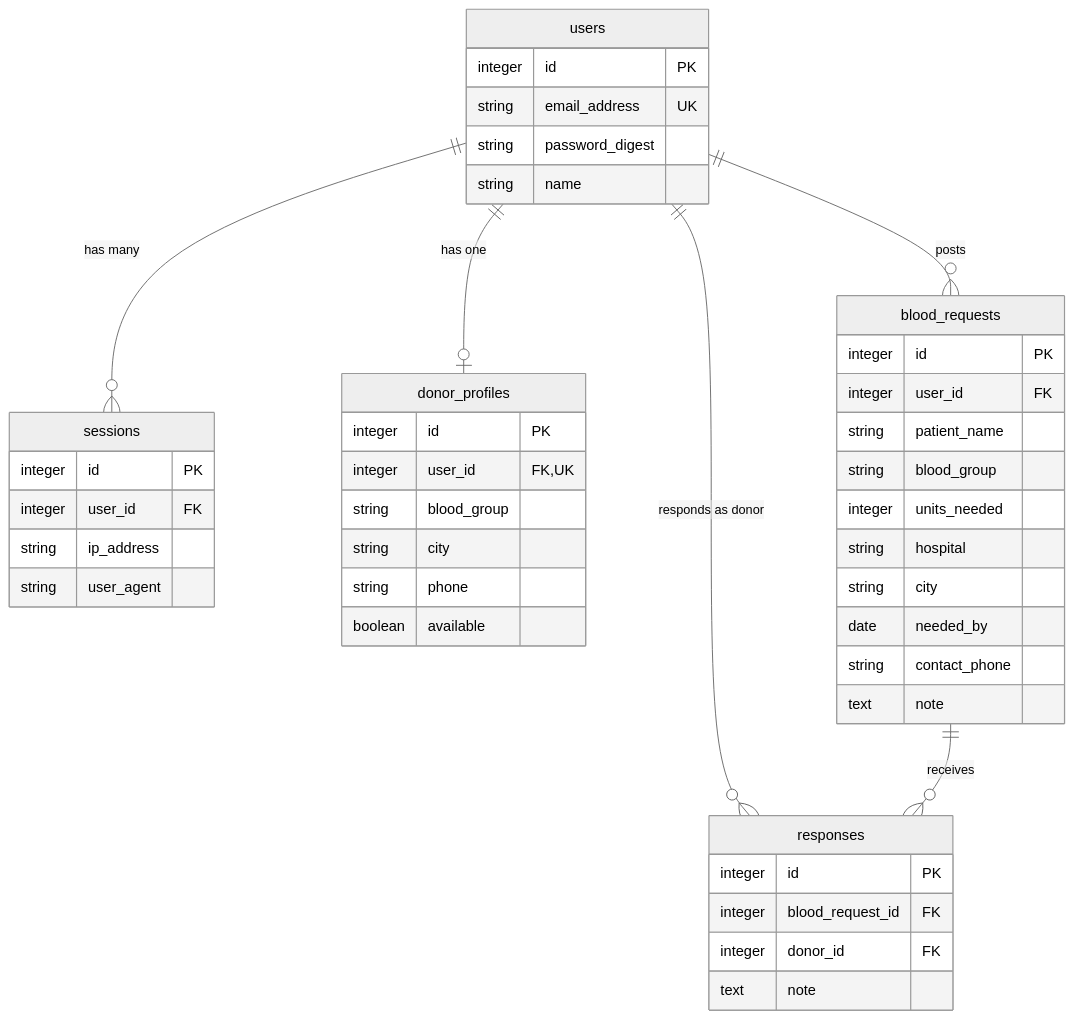
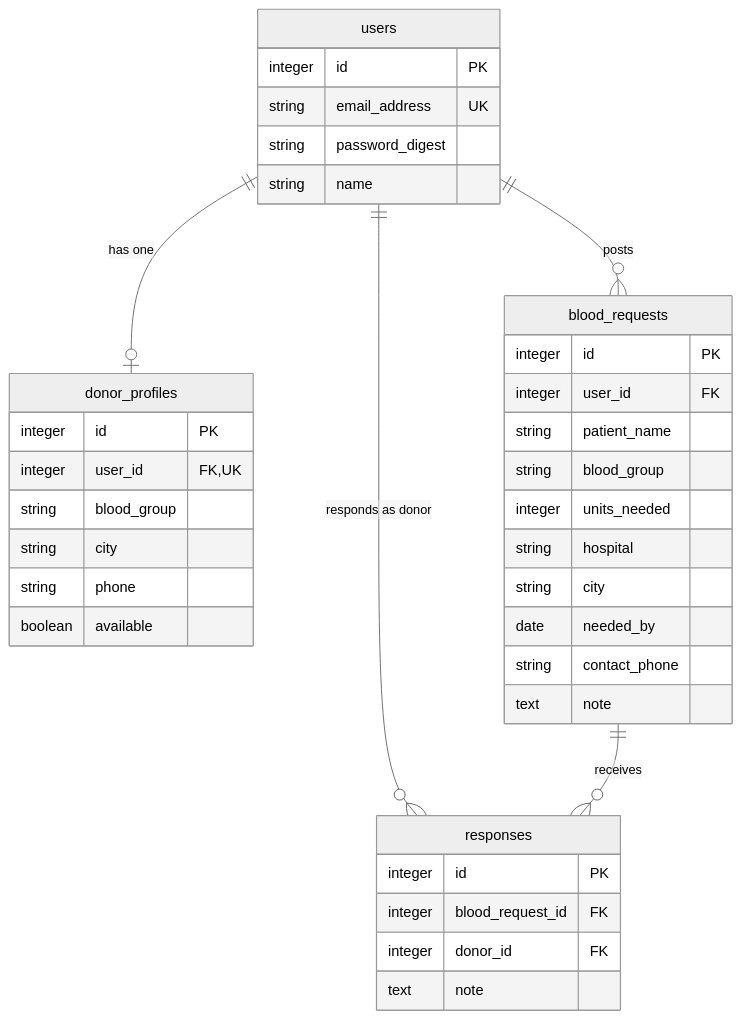
Before and after one commit to shubhh139/rails-girls-2026: the diagram in DB_SCHEMA.md, drawn with Mermaid (neutral theme). The commit also changed other lines of this file and 44 other files, not shown here.

````diff
--- a/DB_SCHEMA.md
+++ b/DB_SCHEMA.md
@@ -11,47 +11,40 @@
 ```mermaid
 erDiagram
-    users ||--o{ sessions : "has many"
     users ||--o| donor_profiles : "has one"
     users ||--o{ blood_requests : "posts"
     users ||--o{ responses : "responds as donor"
     blood_requests ||--o{ responses : "receives"
 
     users {
         integer id PK
         string email_address UK
         string password_digest
         string name
-    }
-    sessions {
-        integer id PK
-        integer user_id FK
-        string ip_address
-        string user_agent
     }
     donor_profiles {
         integer id PK
         integer user_id FK,UK
         string blood_group
         string city
         string phone
         boolean available
     }
     blood_requests {
         integer id PK
         integer user_id FK
         string patient_name
         string blood_group
         integer units_needed
         string hospital
         string city
         date needed_by
         string contact_phone
         text note
     }
     responses {
         integer id PK
         integer blood_request_id FK
         integer donor_id FK
         text note
     }
 ```
````
